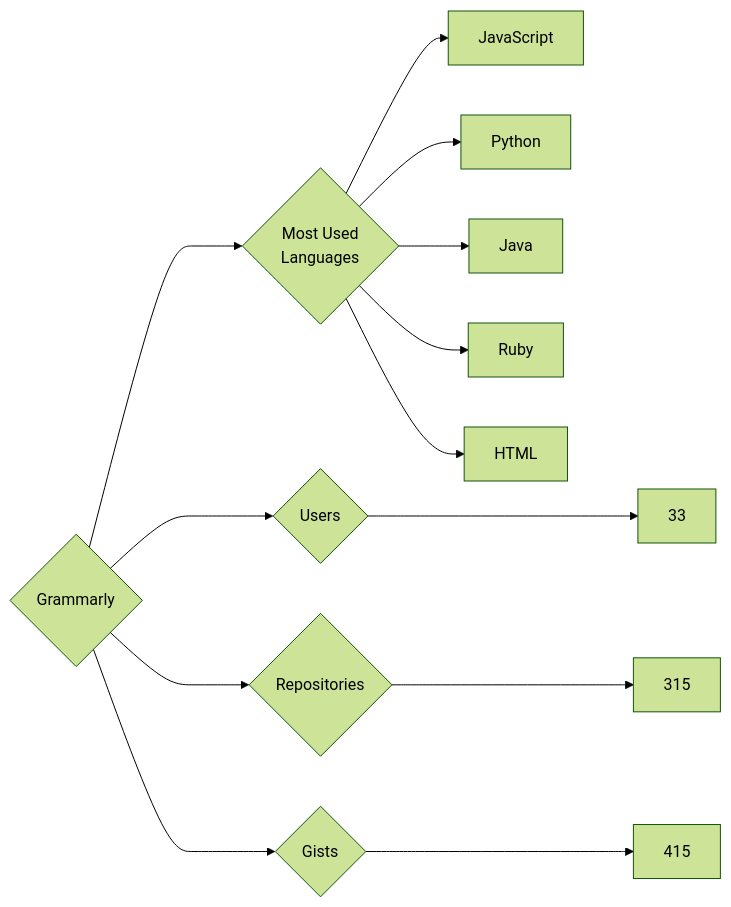
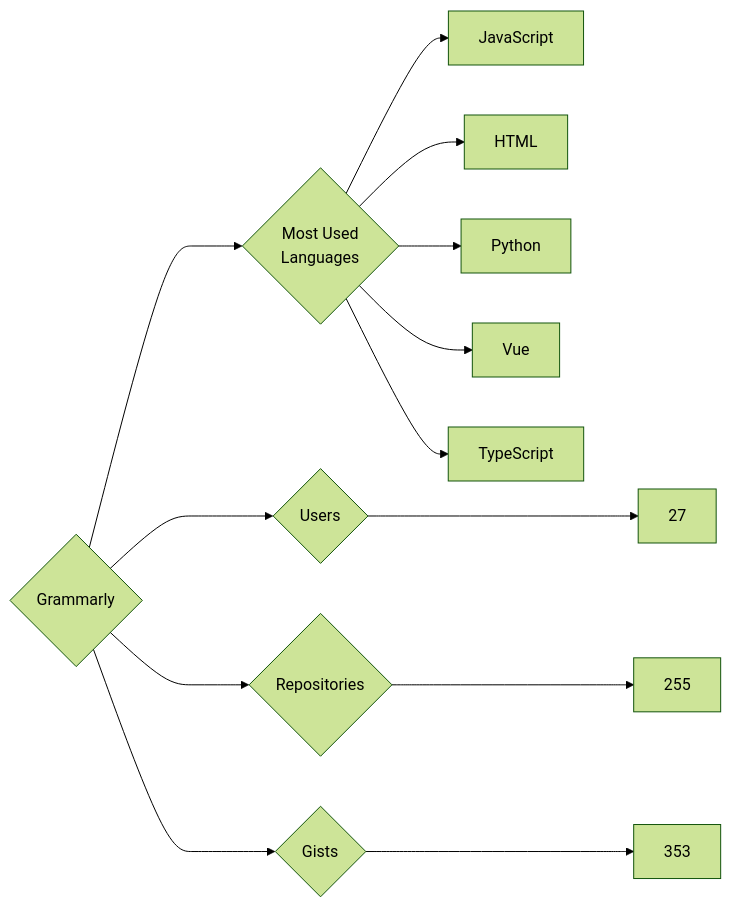
Before and after one commit to trickest/insiders: the diagram in targets/Grammarly/README.md, drawn with Mermaid (forest theme). The commit also changed 639 other files, not shown here.

````diff
--- a/targets/Grammarly/README.md
+++ b/targets/Grammarly/README.md
@@ -3,13 +3,13 @@
 ```mermaid
 graph LR
 COMPANY_NAME{Grammarly}
-COMPANY_NAME ---> U{Users} ---> UN[33]
-COMPANY_NAME ---> R{Repositories} ---> RN[315]
-COMPANY_NAME ---> G{Gists} ---> GN[415]
+COMPANY_NAME ---> U{Users} ---> UN[27]
+COMPANY_NAME ---> R{Repositories} ---> RN[255]
+COMPANY_NAME ---> G{Gists} ---> GN[353]
 COMPANY_NAME ---> ML{Most Used<br>Languages}
 ML --> JavaScript[JavaScript]
+ML --> HTML[HTML]
 ML --> Python[Python]
-ML --> Java[Java]
-ML --> Ruby[Ruby]
-ML --> HTML[HTML]
+ML --> Vue[Vue]
+ML --> TypeScript[TypeScript]
 ```
````
